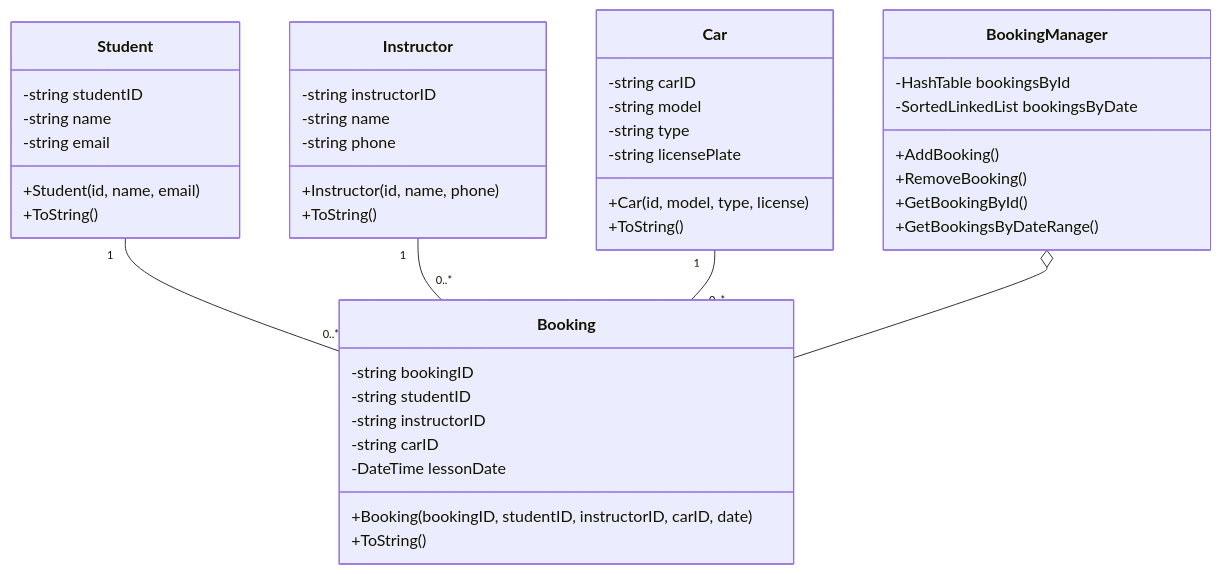
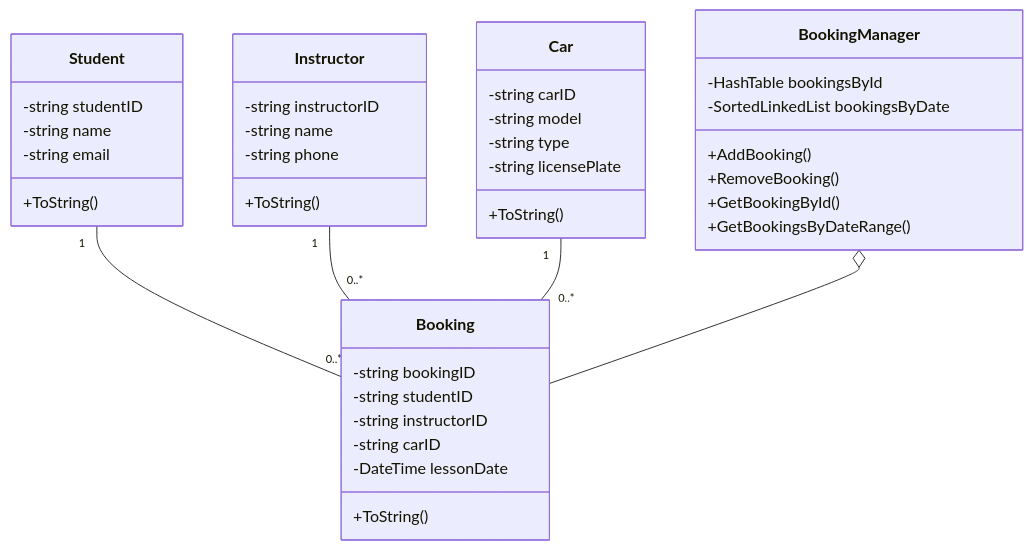
One commit to Swift-Drive-Ltd/Swift-Drive-Project changed the fifth of 10 diagrams in visualDesign.md. Above: the diagram before and after it, drawn with Mermaid. The commit also changed other lines of this file, not shown here.

Commit message:
Simplified the mermaid visual to render on github

````diff
--- a/visualDesign.md
+++ b/visualDesign.md
@@ -72,51 +93,47 @@
 ```mermaid
 classDiagram
     class Student {
         -string studentID
         -string name
         -string email
-        +Student(id, name, email)
         +ToString()
     }
     
     class Instructor {
         -string instructorID
         -string name
         -string phone
-        +Instructor(id, name, phone)
         +ToString()
     }
     
     class Car {
         -string carID
         -string model
         -string type
         -string licensePlate
-        +Car(id, model, type, license)
         +ToString()
     }
     
     class Booking {
         -string bookingID
         -string studentID
         -string instructorID
         -string carID
         -DateTime lessonDate
-        +Booking(bookingID, studentID, instructorID, carID, date)
         +ToString()
     }
     
     class BookingManager {
         -HashTable bookingsById
         -SortedLinkedList bookingsByDate
         +AddBooking()
         +RemoveBooking()
         +GetBookingById()
         +GetBookingsByDateRange()
     }
     
     Student "1" -- "0..*" Booking
     Instructor "1" -- "0..*" Booking
     Car "1" -- "0..*" Booking
     BookingManager o-- Booking
 ```
````
